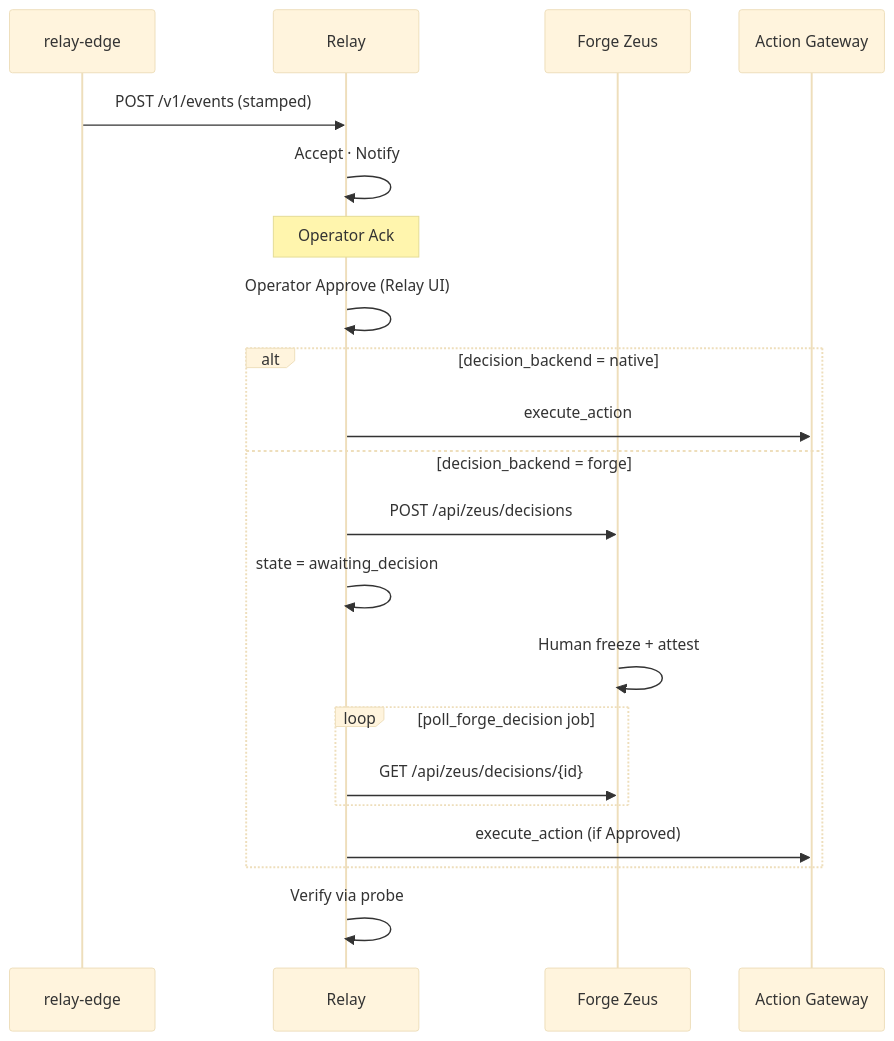
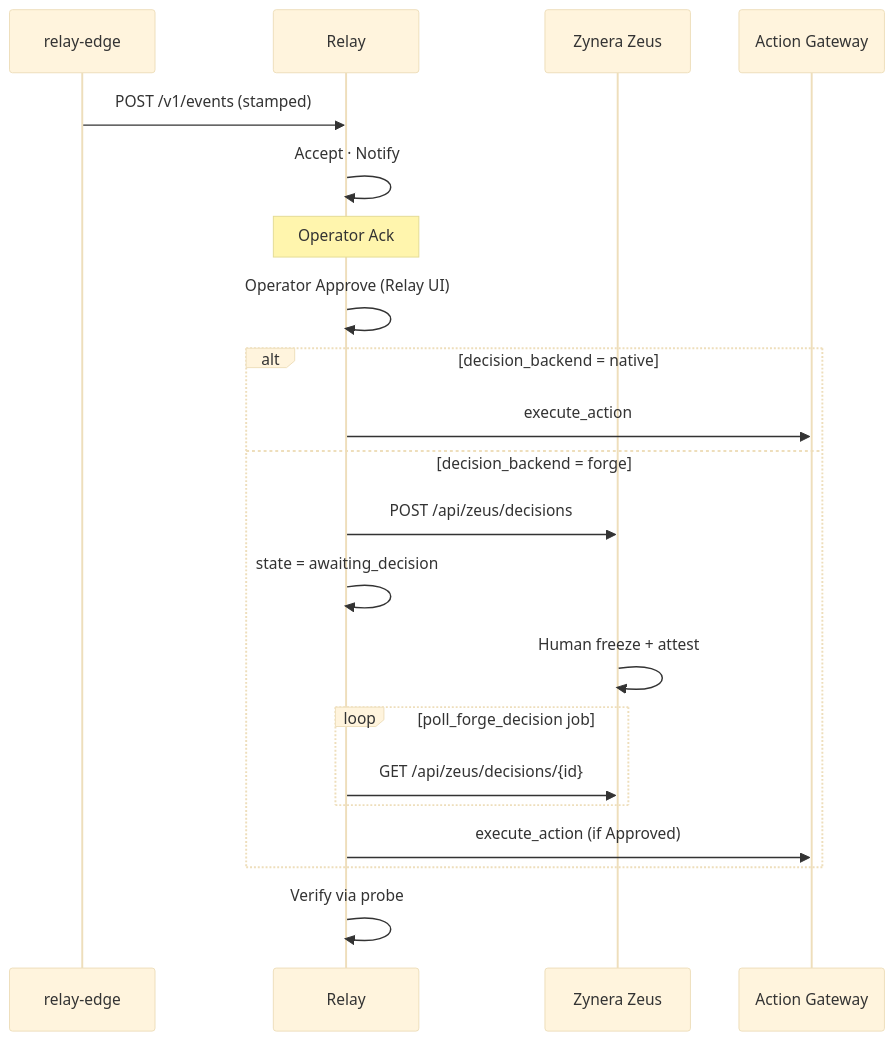
The eighth of 8 diagrams in docs/INTEGRATION.md (zyvorai/relay-edge), drawn with Mermaid (base theme) before and after one commit. The commit also changed other lines of this file and 21 other files, not shown here.

````diff
--- a/docs/INTEGRATION.md
+++ b/docs/INTEGRATION.md
@@ -366,24 +366,24 @@
 ```mermaid
 sequenceDiagram
   participant E as relay-edge
   participant R as Relay
-  participant F as Forge Zeus
+  participant F as Zynera Zeus
   participant A as Action Gateway
 
   E->>R: POST /v1/events (stamped)
   R->>R: Accept · Notify
   Note over R: Operator Ack
   R->>R: Operator Approve (Relay UI)
   alt decision_backend = native
     R->>A: execute_action
   else decision_backend = forge
     R->>F: POST /api/zeus/decisions
     R->>R: state = awaiting_decision
     F->>F: Human freeze + attest
     loop poll_forge_decision job
       R->>F: GET /api/zeus/decisions/{id}
     end
     R->>A: execute_action (if Approved)
   end
   R->>R: Verify via probe
 ```
````
